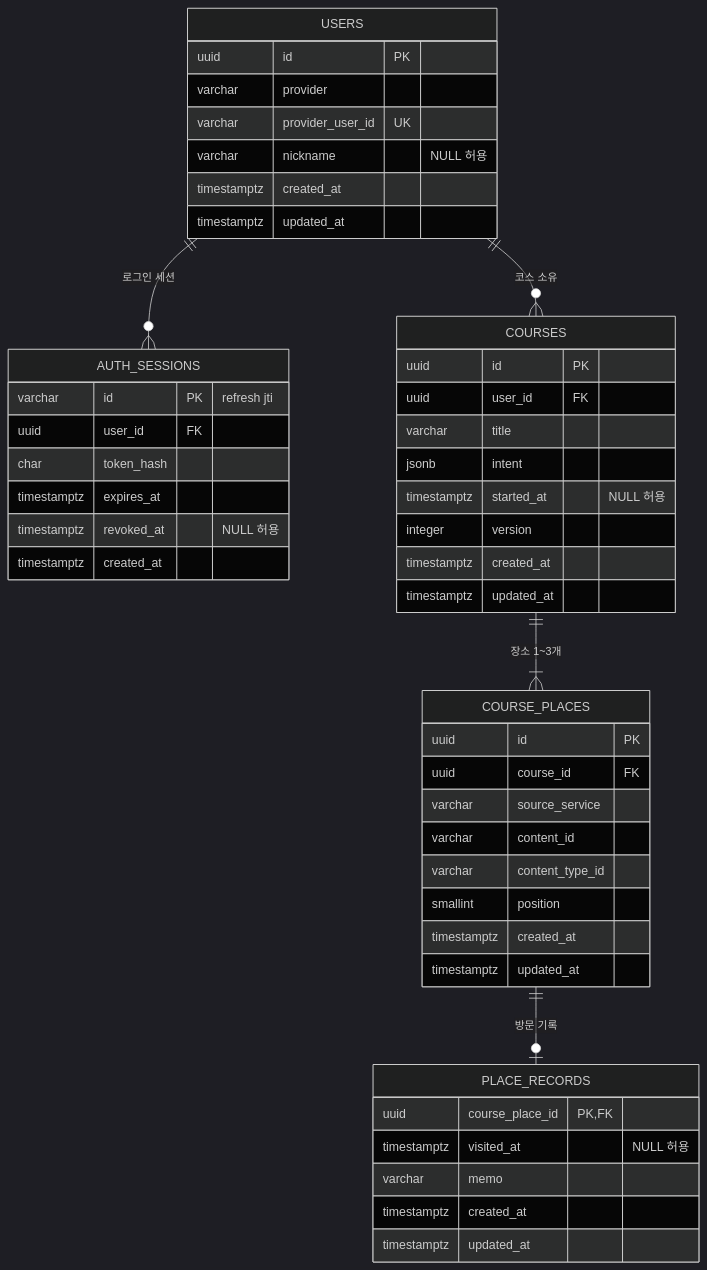
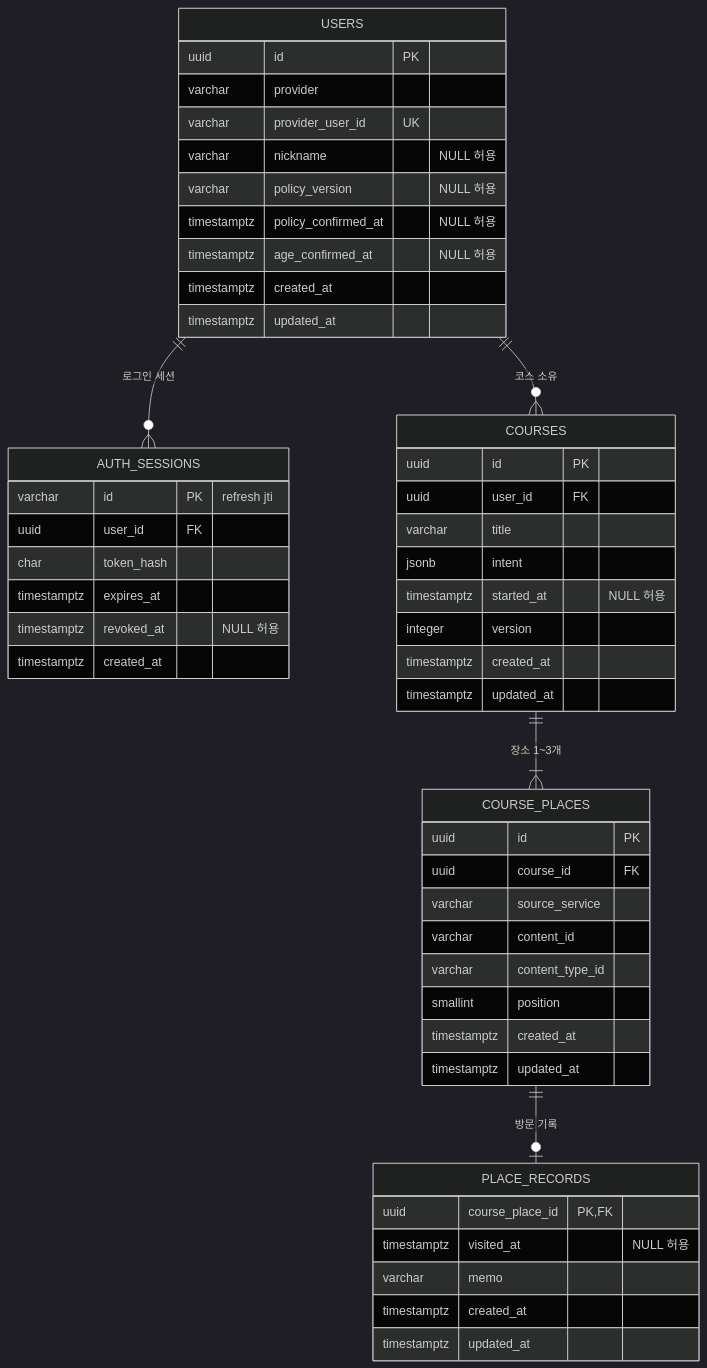
Before and after one commit to sub-blind/Giljabi: the diagram in docs/assets/storyroute-erd.mmd, drawn with Mermaid (dark theme). The commit also changed 38 other files, not shown here.

```diff
--- a/docs/assets/storyroute-erd.mmd
+++ b/docs/assets/storyroute-erd.mmd
@@ -1,53 +1,56 @@
 erDiagram
     USERS ||--o{ AUTH_SESSIONS : "로그인 세션"
     USERS ||--o{ COURSES : "코스 소유"
     COURSES ||--|{ COURSE_PLACES : "장소 1~3개"
     COURSE_PLACES ||--o| PLACE_RECORDS : "방문 기록"
 
     USERS {
         uuid id PK
         varchar provider
         varchar provider_user_id UK
         varchar nickname "NULL 허용"
+        varchar policy_version "NULL 허용"
+        timestamptz policy_confirmed_at "NULL 허용"
+        timestamptz age_confirmed_at "NULL 허용"
         timestamptz created_at
         timestamptz updated_at
     }
 
     AUTH_SESSIONS {
         varchar id PK "refresh jti"
         uuid user_id FK
         char token_hash
         timestamptz expires_at
         timestamptz revoked_at "NULL 허용"
         timestamptz created_at
     }
 
     COURSES {
         uuid id PK
         uuid user_id FK
         varchar title
         jsonb intent
         timestamptz started_at "NULL 허용"
         integer version
         timestamptz created_at
         timestamptz updated_at
     }
 
     COURSE_PLACES {
         uuid id PK
         uuid course_id FK
         varchar source_service
         varchar content_id
         varchar content_type_id
         smallint position
         timestamptz created_at
         timestamptz updated_at
     }
 
     PLACE_RECORDS {
         uuid course_place_id PK,FK
         timestamptz visited_at "NULL 허용"
         varchar memo
         timestamptz created_at
         timestamptz updated_at
     }
```
